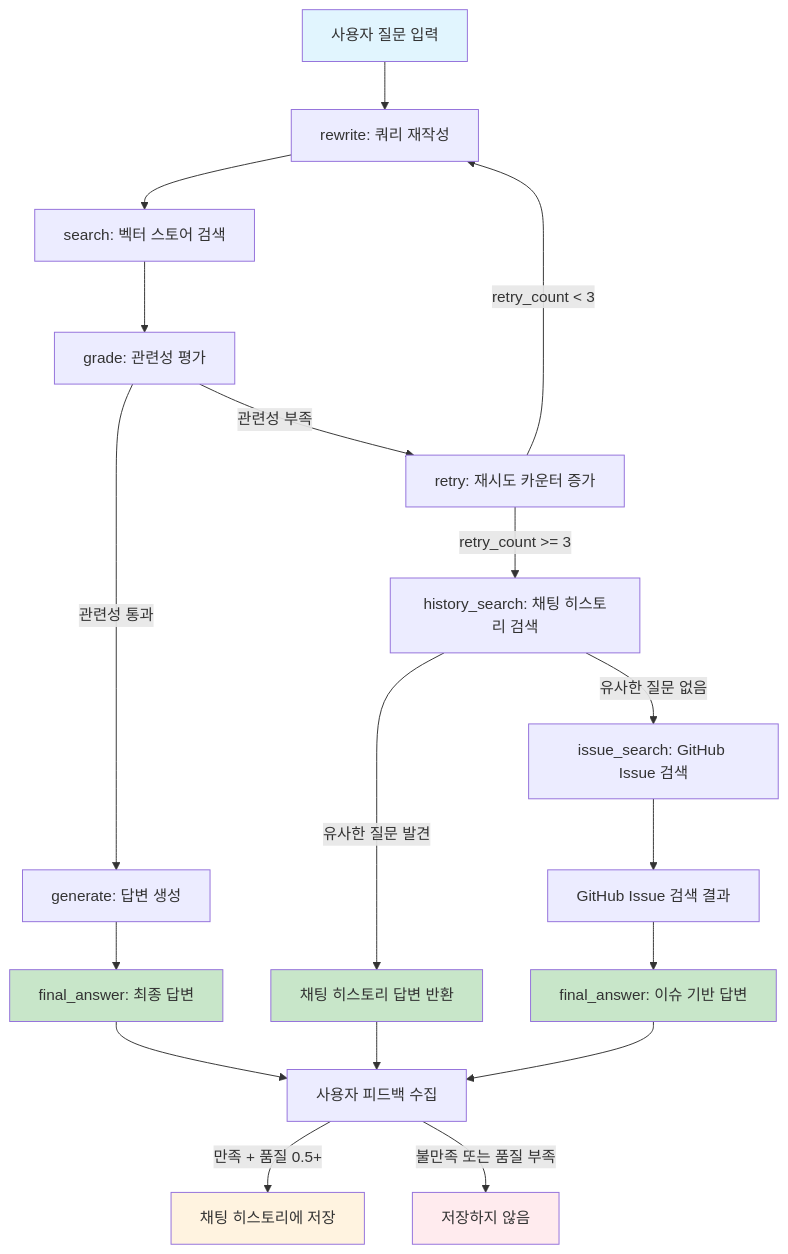
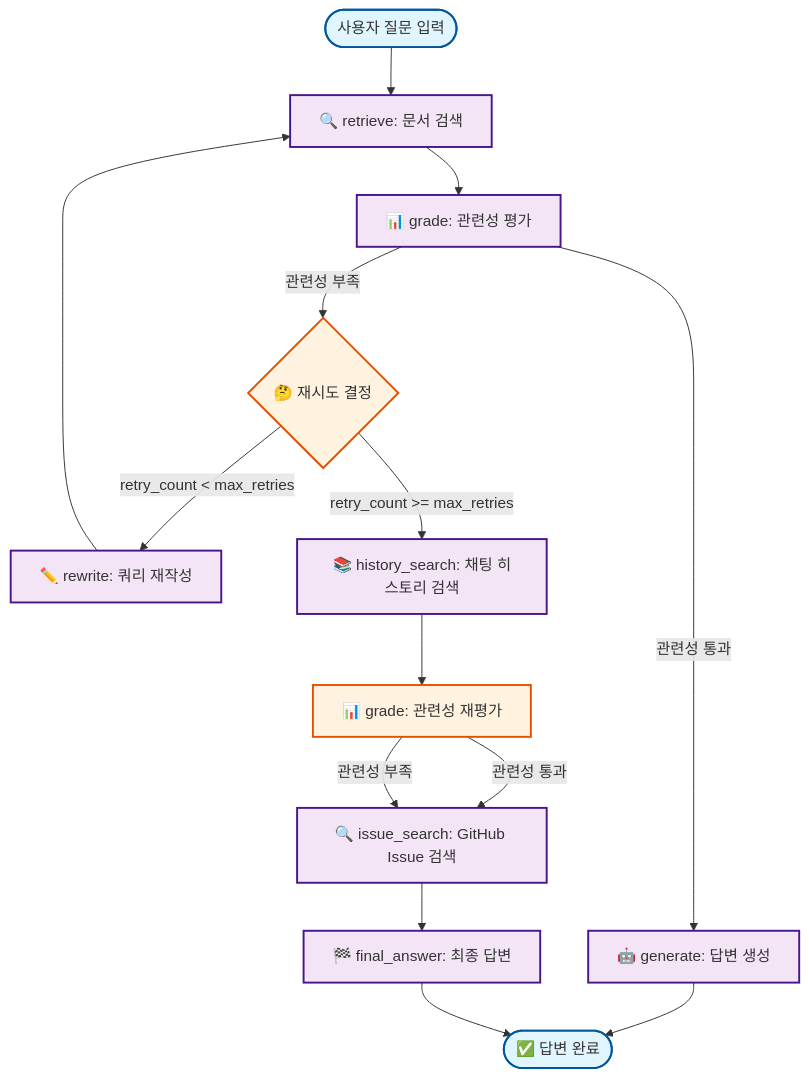
The third of 3 diagrams in 02_chatbot_agent/README.md (palendy/02_AI_Agent), drawn with Mermaid before and after one commit. The commit also changed other lines of this file, not shown here.

First line of the commit message:
feat: Add LangGraph workflow diagram to README

````diff
--- a/02_chatbot_agent/README.md
+++ b/02_chatbot_agent/README.md
@@ -257,33 +294,29 @@
 ```mermaid
 graph TD
-    A[사용자 질문 입력] --> B[rewrite: 쿼리 재작성]
-    B --> C[search: 벡터 스토어 검색]
-    C --> D[grade: 관련성 평가]
+    Start([사용자 질문 입력]) --> Retrieve[🔍 retrieve: 문서 검색]
+    Retrieve --> Grade[📊 grade: 관련성 평가]
     
-    D -->|관련성 부족| E[retry: 재시도 카운터 증가]
-    E -->|retry_count < 3| B
-    E -->|retry_count >= 3| F[history_search: 채팅 히스토리 검색]
+    Grade -->|관련성 통과| Generate[🤖 generate: 답변 생성]
+    Grade -->|관련성 부족| Decision{🤔 재시도 결정}
     
-    D -->|관련성 통과| G[generate: 답변 생성]
-    G --> H[final_answer: 최종 답변]
+    Decision -->|retry_count < max_retries| Rewrite[✏️ rewrite: 쿼리 재작성]
+    Decision -->|retry_count >= max_retries| HistorySearch[📚 history_search: 채팅 히스토리 검색]
     
-    F -->|유사한 질문 발견| I[채팅 히스토리 답변 반환]
-    F -->|유사한 질문 없음| J[issue_search: GitHub Issue 검색]
+    Rewrite --> Retrieve
     
-    J --> K[GitHub Issue 검색 결과]
-    K --> L[final_answer: 이슈 기반 답변]
+    HistorySearch --> Grade2[📊 grade: 관련성 재평가]
+    Grade2 -->|관련성 통과| IssueSearch[🔍 issue_search: GitHub Issue 검색]
+    Grade2 -->|관련성 부족| IssueSearch
     
-    H --> M[사용자 피드백 수집]
-    I --> M
-    L --> M
+    IssueSearch --> FinalAnswer[🏁 final_answer: 최종 답변]
+    Generate --> End([✅ 답변 완료])
+    FinalAnswer --> End
     
-    M -->|만족 + 품질 0.5+| N[채팅 히스토리에 저장]
-    M -->|불만족 또는 품질 부족| O[저장하지 않음]
+    classDef startEnd fill:#e1f5fe,stroke:#01579b,stroke-width:2px
+    classDef process fill:#f3e5f5,stroke:#4a148c,stroke-width:2px
+    classDef decision fill:#fff3e0,stroke:#e65100,stroke-width:2px
     
-    style A fill:#e1f5fe
-    style H fill:#c8e6c9
-    style I fill:#c8e6c9
-    style L fill:#c8e6c9
-    style N fill:#fff3e0
-    style O fill:#ffebee
+    class Start,End startEnd
+    class Retrieve,Grade,Generate,Rewrite,HistorySearch,IssueSearch,FinalAnswer process
+    class Decision,Grade2 decision
 ```
````
